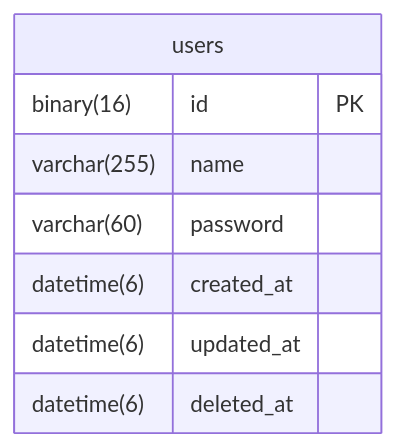
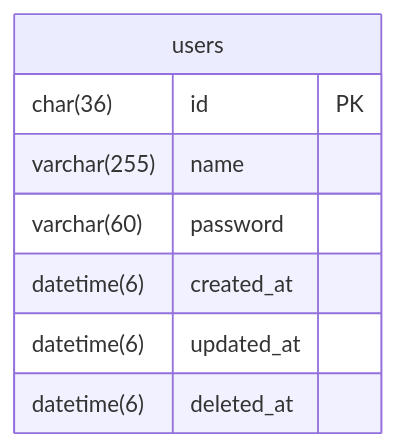
Before and after one commit to atsumarukun/holos-auth-api: the diagram in docs/er-diagram.md, drawn with Mermaid. The commit also changed other lines of this file and 1 other file, not shown here.

Commit message:
update: ユーザーIDをbinary(16)からchar(36)に変更.

````diff
--- a/docs/er-diagram.md
+++ b/docs/er-diagram.md
@@ -3,12 +3,12 @@
 ```mermaid
 erDiagram
 
 users {
-  binary(16) id PK
+  char(36) id PK
   varchar(255) name
   varchar(60) password
   datetime(6) created_at
   datetime(6) updated_at
   datetime(6) deleted_at
 }
 ```
````
